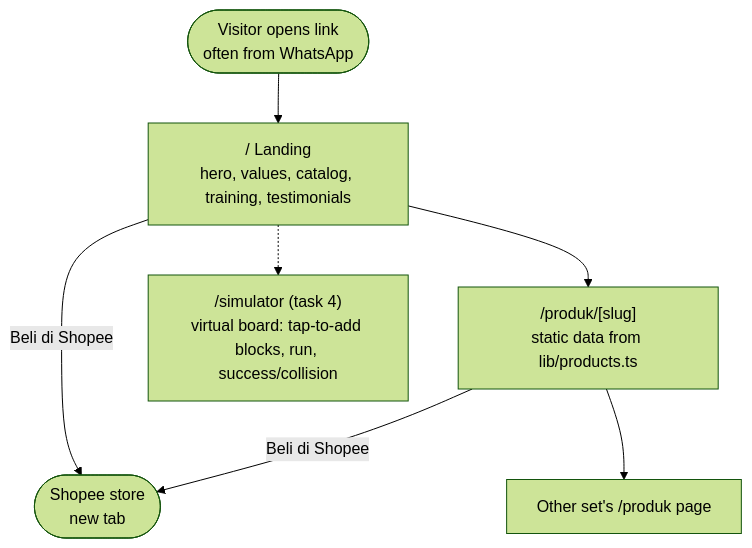
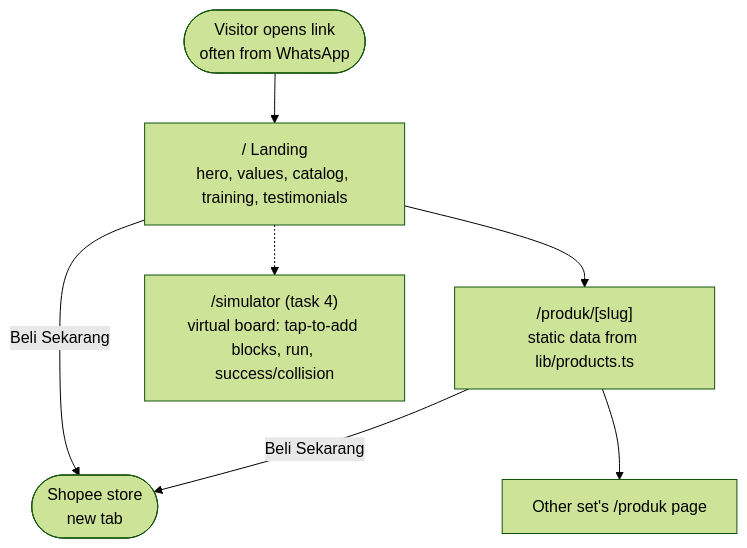
Before and after one commit to admir4ljoni/BUMILOGI: the diagram in docs/flowchart.mmd, drawn with Mermaid (forest theme). The commit also changed 4 other files, not shown here.

Commit message:
Rename buy buttons to Beli Sekarang

```diff
--- a/docs/flowchart.mmd
+++ b/docs/flowchart.mmd
@@ -1,9 +1,9 @@
 %% BUMILOGI site flow. Static site: no accounts or backend. Dashed = planned (task number in label).
 flowchart TD
     visit([Visitor opens link<br/>often from WhatsApp]) --> landing
     landing["/ Landing<br/>hero, values, catalog, training, testimonials"]
     landing --> product["/produk/[slug]<br/>static data from lib/products.ts"]
     landing -.-> sim["/simulator (task 4)<br/>virtual board: tap-to-add blocks, run, success/collision"]
-    landing -- "Beli di Shopee" --> shopee([Shopee store<br/>new tab])
-    product -- "Beli di Shopee" --> shopee
+    landing -- "Beli Sekarang" --> shopee([Shopee store<br/>new tab])
+    product -- "Beli Sekarang" --> shopee
     product --> other["Other set's /produk page"]
```
